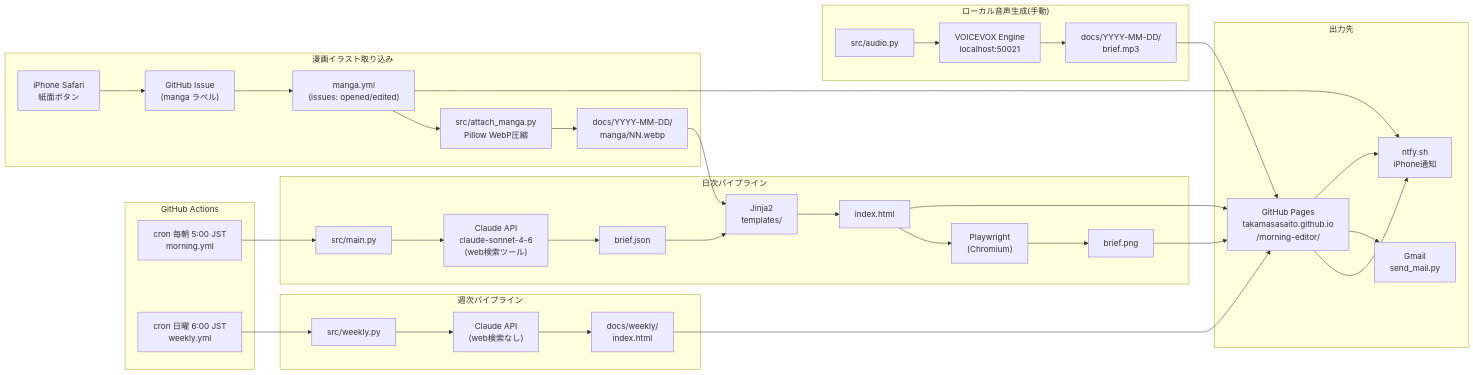
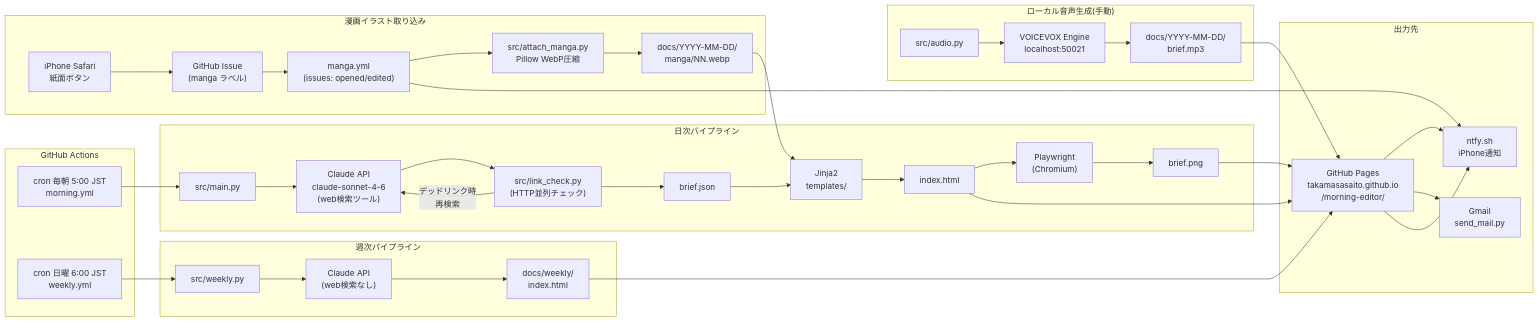
Before and after one commit to TakamasaSaito/morning-editor: the diagram in ARCHITECTURE.md, drawn with Mermaid. The commit also changed other lines of this file and 3 other files, not shown here.

First line of the commit message:
feat(link-check): 公開前ソースURLリンク検証パイプラインを追加

````diff
--- a/ARCHITECTURE.md
+++ b/ARCHITECTURE.md
@@ -5,66 +5,69 @@
 ```mermaid
 flowchart LR
     subgraph Actions["GitHub Actions"]
         cron_daily["cron 毎朝 5:00 JST\nmorning.yml"]
         cron_weekly["cron 日曜 6:00 JST\nweekly.yml"]
     end
 
     subgraph Daily["日次パイプライン"]
         main["src/main.py"]
         claude_api["Claude API\nclaude-sonnet-4-6\n(web検索ツール)"]
+        link_check["src/link_check.py\n(HTTP並列チェック)"]
         json["brief.json"]
         jinja["Jinja2\ntemplates/"]
         html["index.html"]
         playwright["Playwright\n(Chromium)"]
         png["brief.png"]
     end
 
     subgraph Weekly["週次パイプライン"]
         weekly["src/weekly.py"]
         claude_weekly["Claude API\n(web検索なし)"]
         weekly_out["docs/weekly/\nindex.html"]
     end
 
     subgraph LocalAudio["ローカル音声生成(手動)"]
         audio["src/audio.py"]
         voicevox["VOICEVOX Engine\nlocalhost:50021"]
         mp3["docs/YYYY-MM-DD/\nbrief.mp3"]
     end
 
     subgraph MangaFlow["漫画イラスト取り込み"]
         iphone["iPhone Safari\n紙面ボタン"]
         issue["GitHub Issue\n(manga ラベル)"]
         manga_wf["manga.yml\n(issues: opened/edited)"]
         attach["src/attach_manga.py\nPillow WebP圧縮"]
         webp["docs/YYYY-MM-DD/\nmanga/NN.webp"]
     end
 
     subgraph Output["出力先"]
         pages["GitHub Pages\ntakamasasaito.github.io\n/morning-editor/"]
         ntfy["ntfy.sh\niPhone通知"]
         gmail["Gmail\nsend_mail.py"]
     end
 
     cron_daily --> main
     main --> claude_api
-    claude_api --> json
+    claude_api --> link_check
+    link_check -->|"デッドリンク時\n再検索"| claude_api
+    link_check --> json
     json --> jinja --> html
     html --> playwright --> png
     html --> pages
     png --> pages
     pages --> ntfy
     pages --> gmail
 
     cron_weekly --> weekly
     weekly --> claude_weekly
     claude_weekly --> weekly_out
     weekly_out --> pages
     pages --> ntfy
 
     audio --> voicevox --> mp3
     mp3 --> pages
 
     iphone --> issue --> manga_wf --> attach --> webp
     webp --> jinja
     manga_wf --> ntfy
 ```
````
